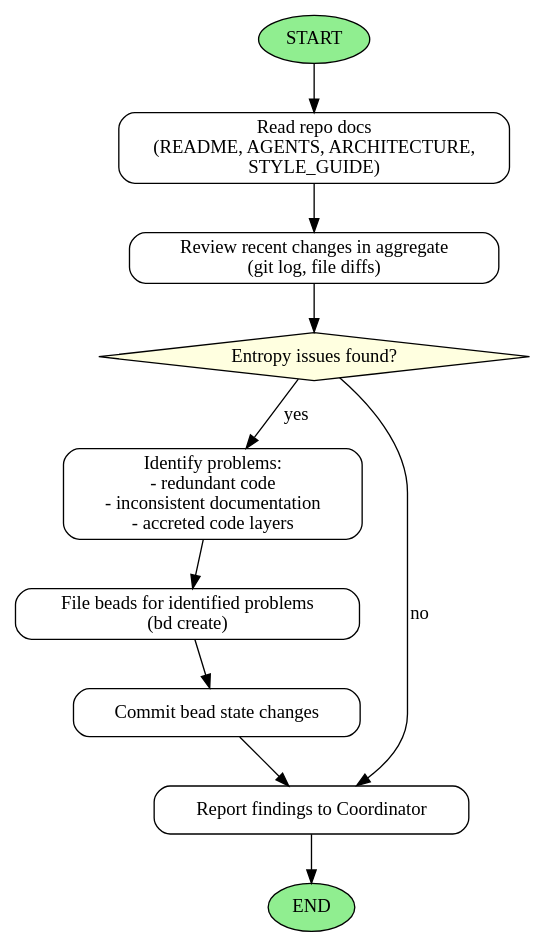
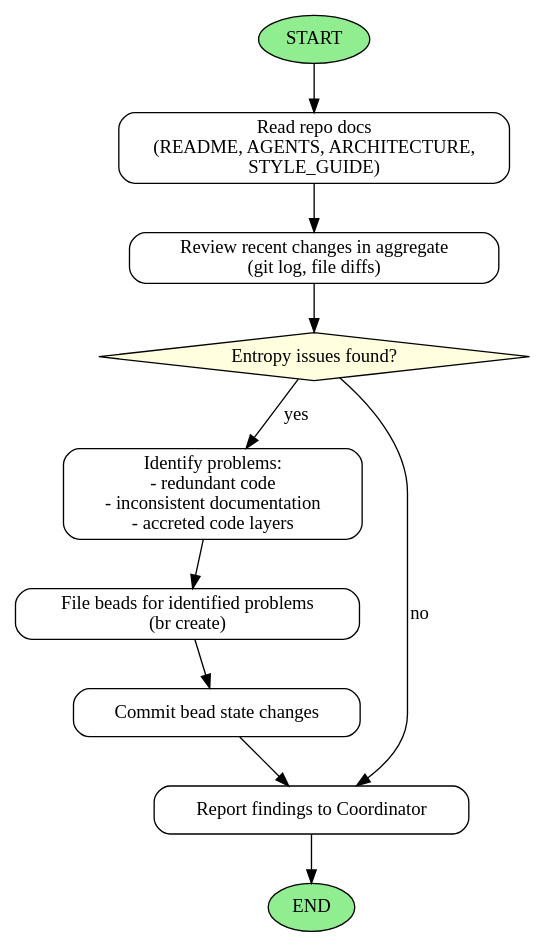
One commit to imbue-ai/offload changed the diagram in .claude/agents/tidy.md. Above: the diagram before and after it, drawn with Graphviz. The commit also changed other lines of this file and 2 other files, not shown here.

Commit message:
Edit repository to work with Beads Rust

````diff
--- a/.claude/agents/tidy.md
+++ b/.claude/agents/tidy.md
@@ -42,21 +42,21 @@
 ```dot
 digraph TidyAgentWorkflow {
   rankdir=TB;
   node [shape=box, style=rounded];
 
   START [shape=ellipse, style=filled, fillcolor=lightgreen];
   READ_DOCS [label="Read repo docs\n(README, AGENTS, ARCHITECTURE,\nSTYLE_GUIDE)"];
   REVIEW_CHANGES [label="Review recent changes in aggregate\n(git log, file diffs)"];
   CHECK_ENTROPY [shape=diamond, style=filled, fillcolor=lightyellow, label="Entropy issues found?"];
   IDENTIFY_PROBLEMS [label="Identify problems:\n- redundant code\n- inconsistent documentation\n- accreted code layers"];
-  FILE_BEADS [label="File beads for identified problems\n(bd create)"];
+  FILE_BEADS [label="File beads for identified problems\n(br create)"];
   COMMIT_BEADS [label="Commit bead state changes"];
   REPORT [label="Report findings to Coordinator"];
   END [shape=ellipse, style=filled, fillcolor=lightgreen];
 
   START -> READ_DOCS -> REVIEW_CHANGES -> CHECK_ENTROPY;
   CHECK_ENTROPY -> IDENTIFY_PROBLEMS [label="yes"];
   IDENTIFY_PROBLEMS -> FILE_BEADS -> COMMIT_BEADS -> REPORT -> END;
   CHECK_ENTROPY -> REPORT [label="no"];
 }
 ```
````
